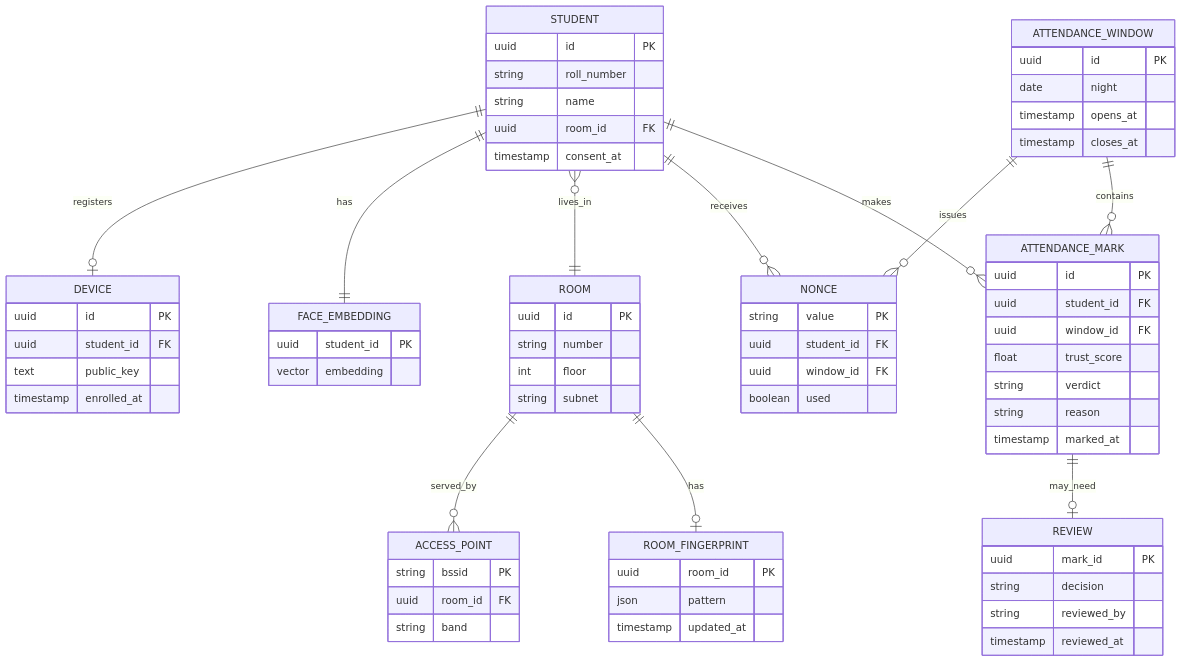
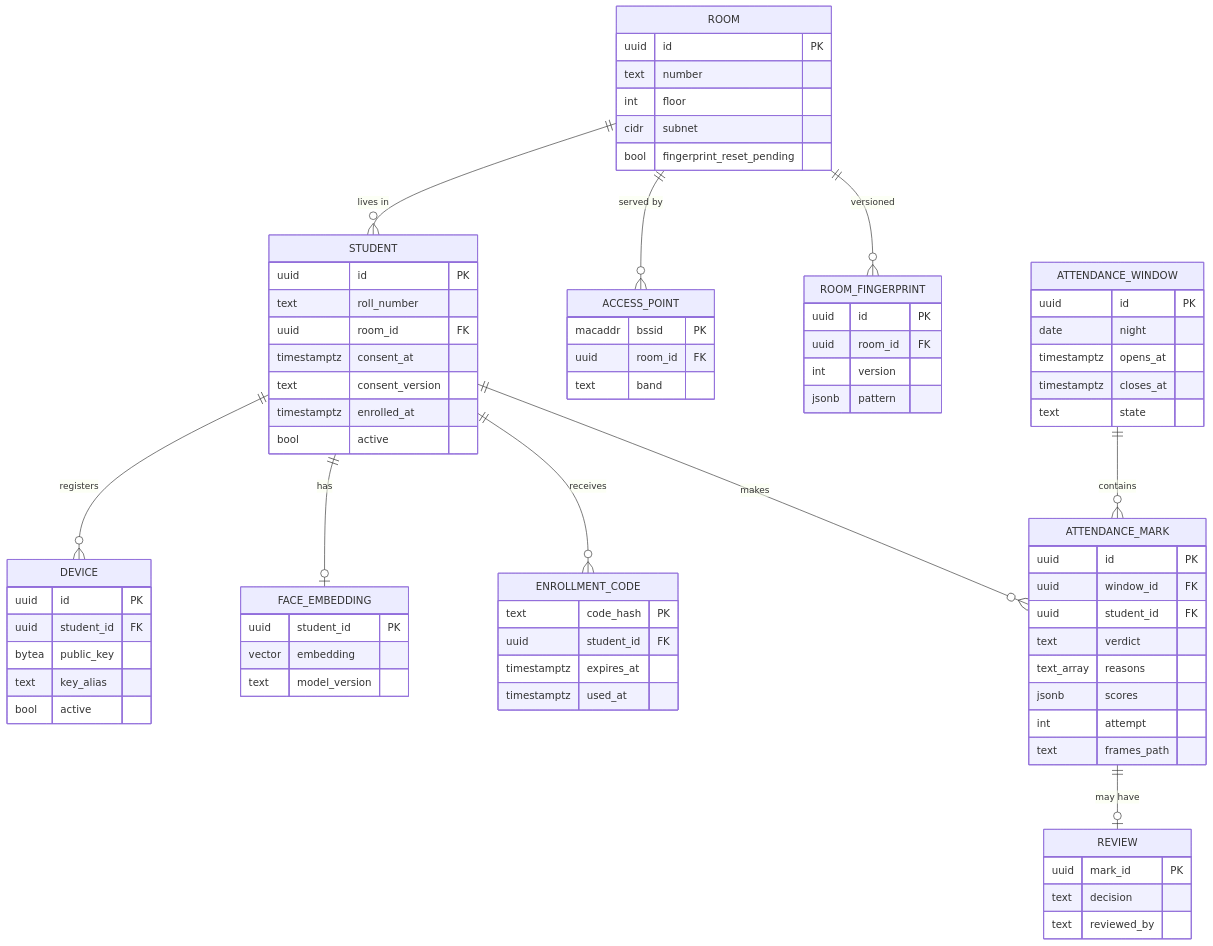
Diagram 12 of 14 in README.md (Rahul-8283/NightRoll), drawn with Mermaid before and after one commit. The commit also changed other lines of this file, not shown here.

````diff
--- a/README.md
+++ b/README.md
@@ -448,74 +508,80 @@
 ```mermaid
 erDiagram
-    STUDENT ||--o| DEVICE : registers
-    STUDENT ||--|| FACE_EMBEDDING : has
-    STUDENT }o--|| ROOM : lives_in
-    ROOM ||--o{ ACCESS_POINT : served_by
-    ROOM ||--o| ROOM_FINGERPRINT : has
-    ATTENDANCE_WINDOW ||--o{ NONCE : issues
-    STUDENT ||--o{ NONCE : receives
-    STUDENT ||--o{ ATTENDANCE_MARK : makes
-    ATTENDANCE_WINDOW ||--o{ ATTENDANCE_MARK : contains
-    ATTENDANCE_MARK ||--o| REVIEW : may_need
+    ROOM ||--o{ STUDENT : "lives in"
+    ROOM ||--o{ ACCESS_POINT : "served by"
+    ROOM ||--o{ ROOM_FINGERPRINT : "versioned"
+    STUDENT ||--o{ DEVICE : "registers"
+    STUDENT ||--o| FACE_EMBEDDING : "has"
+    STUDENT ||--o{ ENROLLMENT_CODE : "receives"
+    ATTENDANCE_WINDOW ||--o{ ATTENDANCE_MARK : "contains"
+    STUDENT ||--o{ ATTENDANCE_MARK : "makes"
+    ATTENDANCE_MARK ||--o| REVIEW : "may have"
 
+    ROOM {
+        uuid id PK
+        text number
+        int floor
+        cidr subnet
+        bool fingerprint_reset_pending
+    }
+    ACCESS_POINT {
+        macaddr bssid PK
+        uuid room_id FK
+        text band
+    }
     STUDENT {
         uuid id PK
-        string roll_number
-        string name
+        text roll_number
         uuid room_id FK
-        timestamp consent_at
+        timestamptz consent_at
+        text consent_version
+        timestamptz enrolled_at
+        bool active
     }
     DEVICE {
         uuid id PK
         uuid student_id FK
-        text public_key
-        timestamp enrolled_at
+        bytea public_key
+        text key_alias
+        bool active
     }
     FACE_EMBEDDING {
         uuid student_id PK
         vector embedding
-    }
-    ROOM {
-        uuid id PK
-        string number
-        int floor
-        string subnet
-    }
-    ACCESS_POINT {
-        string bssid PK
-        uuid room_id FK
-        string band
+        text model_version
     }
     ROOM_FINGERPRINT {
-        uuid room_id PK
-        json pattern
-        timestamp updated_at
+        uuid id PK
+        uuid room_id FK
+        int version
+        jsonb pattern
+    }
+    ENROLLMENT_CODE {
+        text code_hash PK
+        uuid student_id FK
+        timestamptz expires_at
+        timestamptz used_at
     }
     ATTENDANCE_WINDOW {
         uuid id PK
         date night
-        timestamp opens_at
-        timestamp closes_at
-    }
-    NONCE {
-        string value PK
-        uuid student_id FK
-        uuid window_id FK
-        boolean used
+        timestamptz opens_at
+        timestamptz closes_at
+        text state
     }
     ATTENDANCE_MARK {
         uuid id PK
+        uuid window_id FK
         uuid student_id FK
-        uuid window_id FK
-        float trust_score
-        string verdict
-        string reason
-        timestamp marked_at
+        text verdict
+        text_array reasons
+        jsonb scores
+        int attempt
+        text frames_path
     }
     REVIEW {
         uuid mark_id PK
-        string decision
-        string reviewed_by
-        timestamp reviewed_at
+        text decision
+        text reviewed_by
     }
 ```
````
